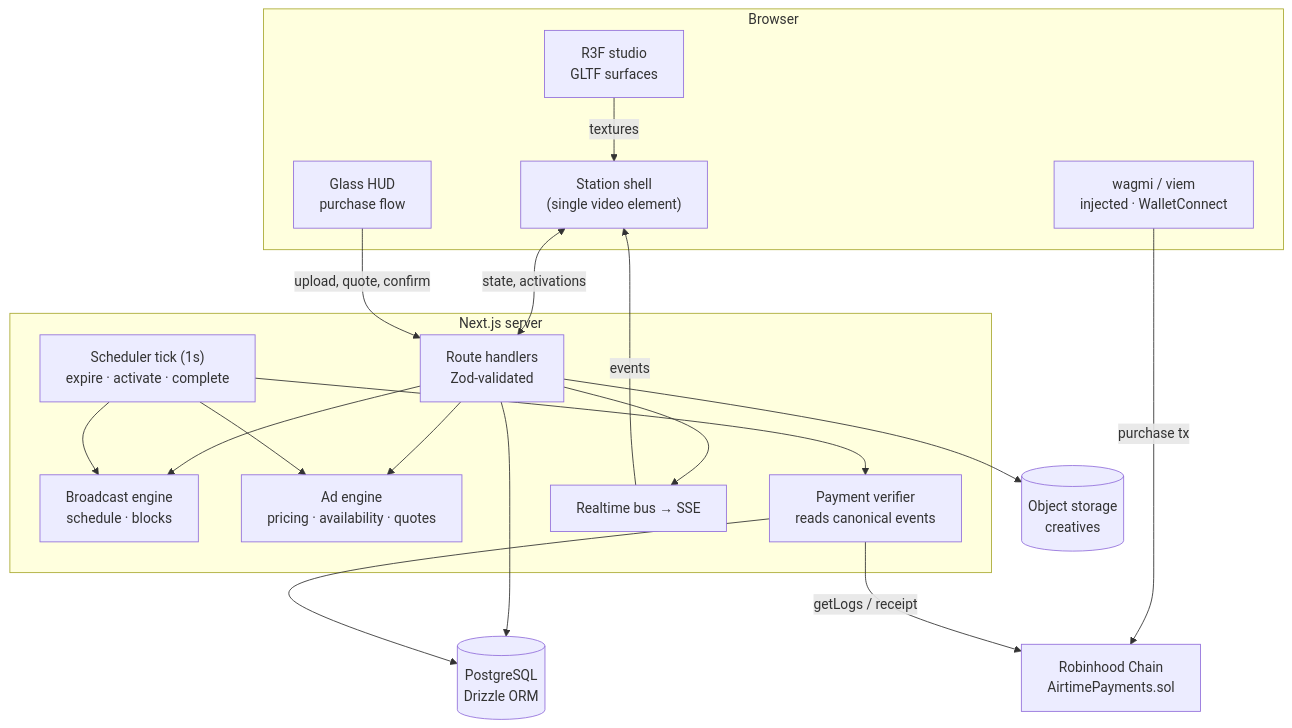
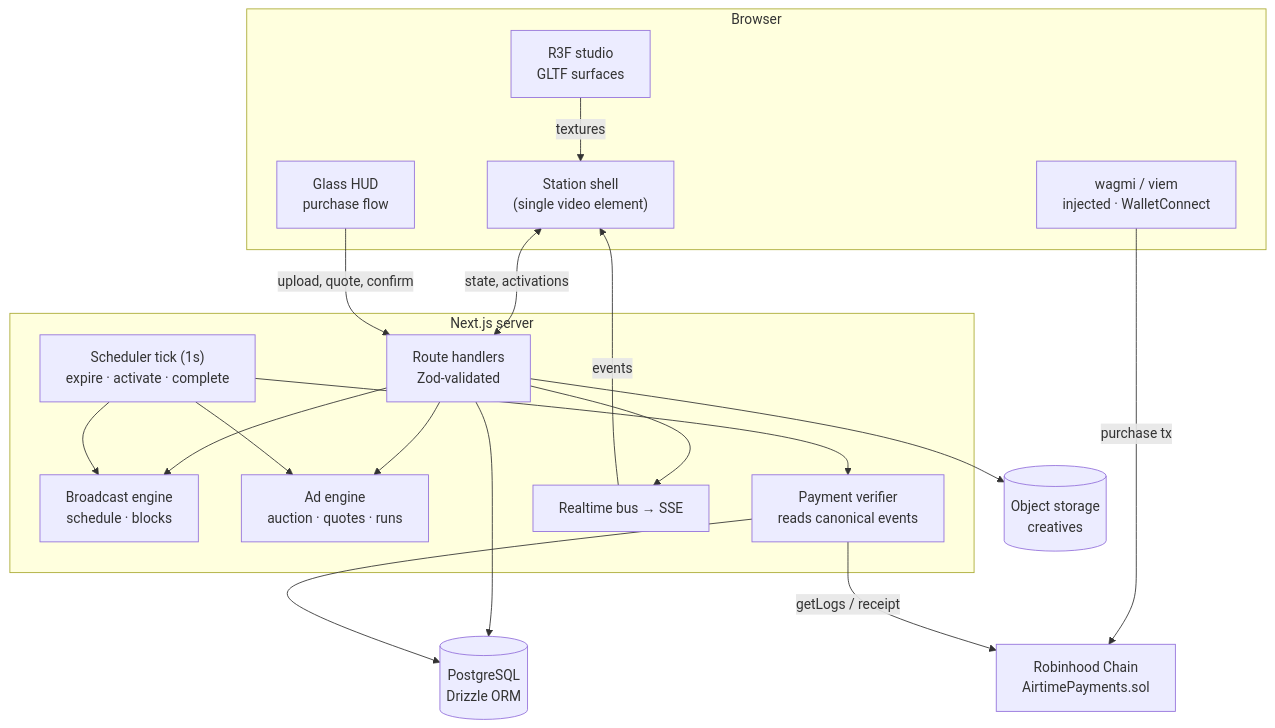
The first of 5 diagrams in README.md (JermWang/airtime), drawn with Mermaid before and after one commit. The commit also changed other lines of this file and 109 other files, not shown here.

````diff
--- a/README.md
+++ b/README.md
@@ -63,33 +65,33 @@
 ```mermaid
 flowchart TB
     subgraph Browser
         Station["Station shell<br/>(single video element)"]
         Studio["R3F studio<br/>GLTF surfaces"]
         HUD["Glass HUD<br/>purchase flow"]
         Wallet["wagmi / viem<br/>injected · WalletConnect"]
     end
 
     subgraph Server["Next.js server"]
         API["Route handlers<br/>Zod-validated"]
         Engine["Broadcast engine<br/>schedule · blocks"]
-        Ads["Ad engine<br/>pricing · availability · quotes"]
+        Ads["Ad engine<br/>auction · quotes · runs"]
         Verify["Payment verifier<br/>reads canonical events"]
         Ticker["Scheduler tick (1s)<br/>expire · activate · complete"]
         Bus["Realtime bus → SSE"]
     end
 
     DB[("PostgreSQL<br/>Drizzle ORM")]
     Storage[("Object storage<br/>creatives")]
     Chain["Robinhood Chain<br/>AirtimePayments.sol"]
 
     Station <-->|state, activations| API
     Studio -->|textures| Station
     HUD -->|upload, quote, confirm| API
     Wallet -->|purchase tx| Chain
     API --> Engine & Ads & DB & Storage
     Ticker --> Engine & Ads & Verify
     Verify -->|getLogs / receipt| Chain
     Verify --> DB
     Bus -->|events| Station
     API --> Bus
 ```
````
